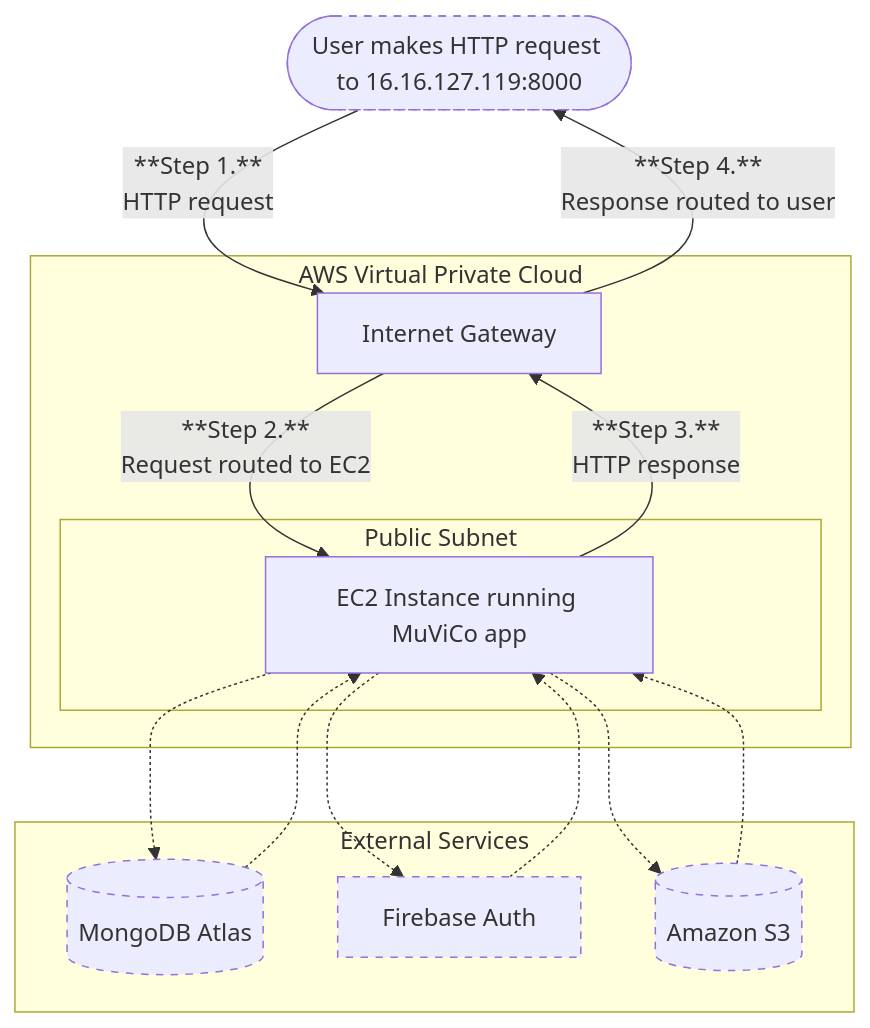
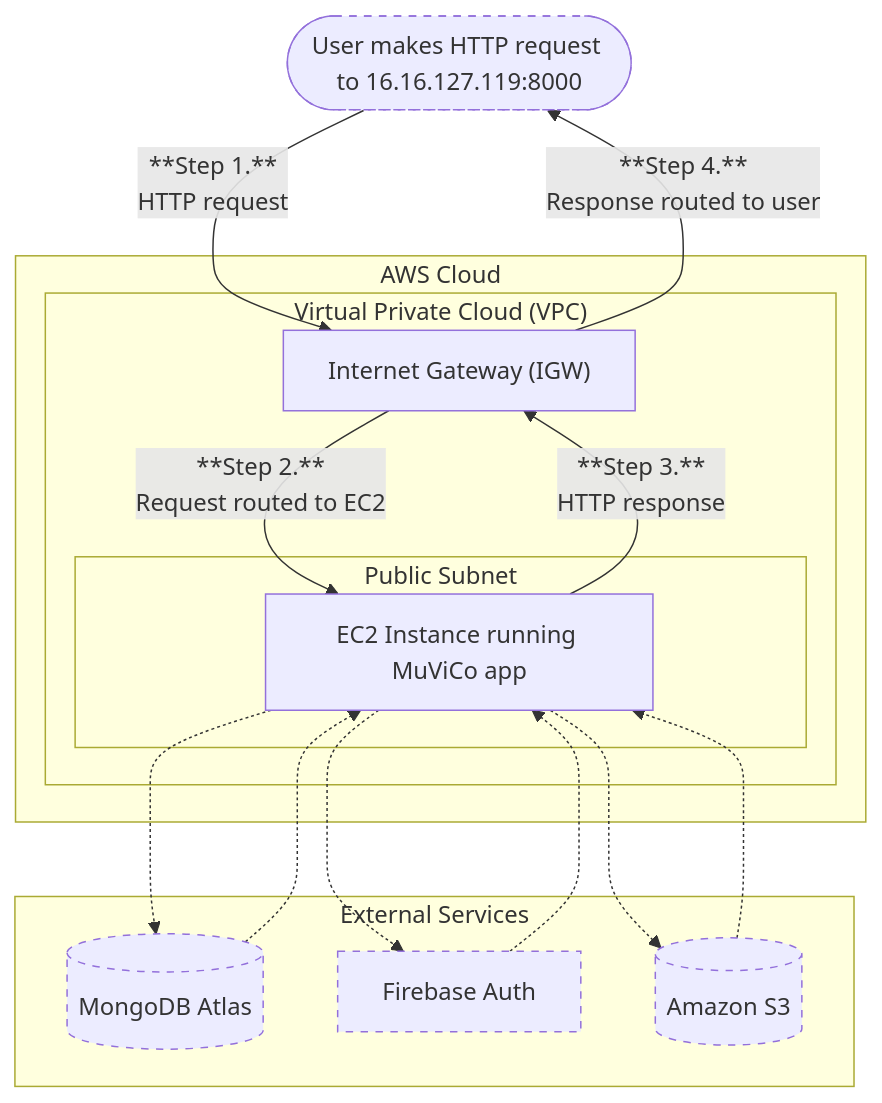
Before and after one commit to MuViCo/MuViCo: the first of 3 diagrams in documentation/https-setup.md, drawn with Mermaid. The commit also changed other lines of this file, not shown here.

````diff
--- a/documentation/https-setup.md
+++ b/documentation/https-setup.md
@@ -84,34 +83,36 @@
 ```mermaid
 flowchart TD
     User(["User makes HTTP request to 16.16.127.119:8000"])
-    IGW["Internet Gateway"]
+    IGW["Internet Gateway (IGW)"]
     EC2["EC2 Instance running MuViCo app"]
 
     classDef external stroke-dasharray: 5 5
     classDef request stroke-dasharray: 5 5
 
     User:::external -->|"**Step 1.**
     HTTP request"| IGW
     IGW -->|"**Step 2.**
     Request routed to EC2"| EC2
     EC2 -->|"**Step 3.**
     HTTP response"| IGW:::response
     IGW -->|"**Step 4.**
     Response routed to user"| User:::response
 
-    subgraph "AWS Virtual Private Cloud"
-        IGW
-        subgraph "Public Subnet"
-            EC2
-        end
+    subgraph "AWS Cloud"
+      subgraph "Virtual Private Cloud (VPC)"
+          IGW
+          subgraph "Public Subnet"
+              EC2
+          end
+      end
     end
 
     subgraph External Services
         EC2 -.-> D[(MongoDB Atlas)]:::external
         D -.-> EC2
         EC2 -.-> E[Firebase Auth]:::external
         E -.-> EC2
         EC2 -.-> F[(Amazon S3)]:::external
         F -.-> EC2
     end
 ```
````
